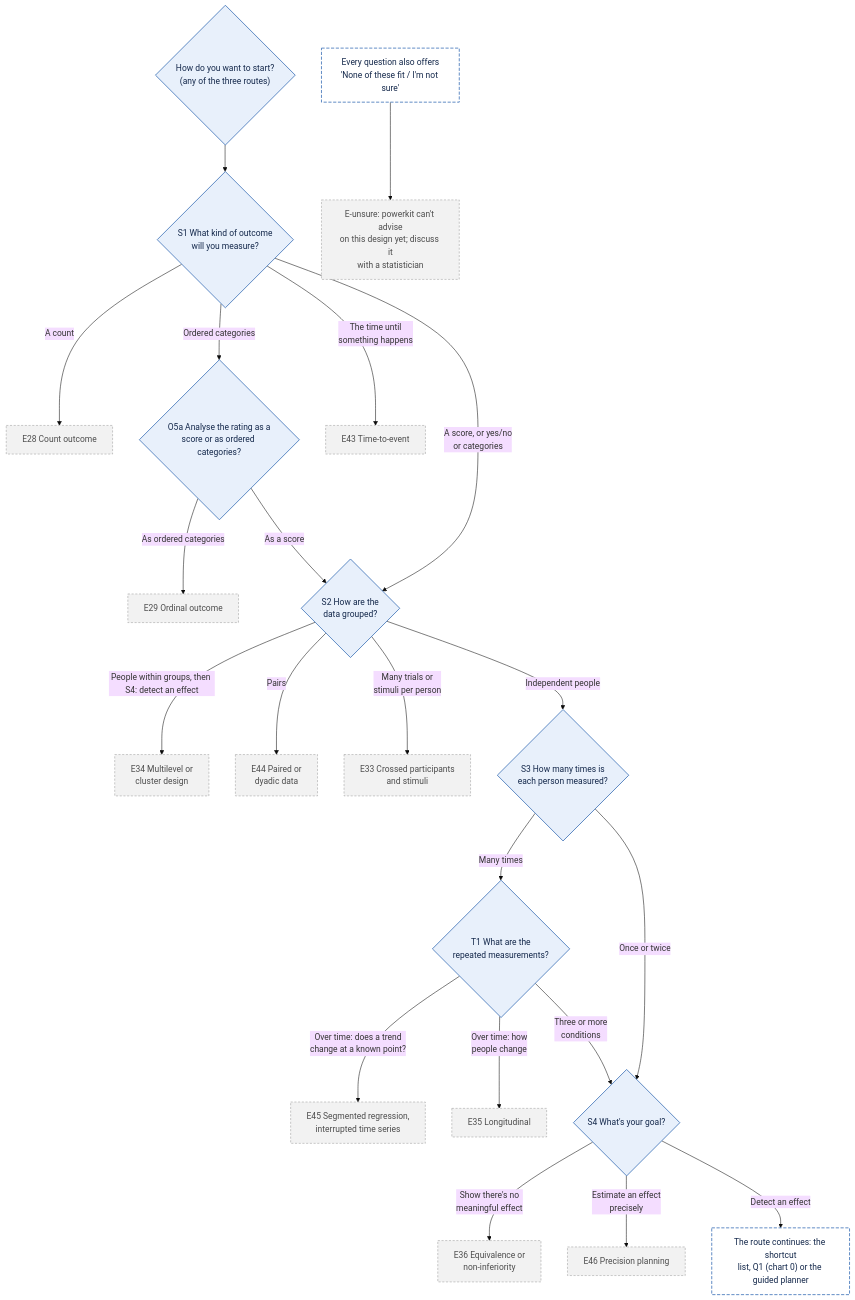
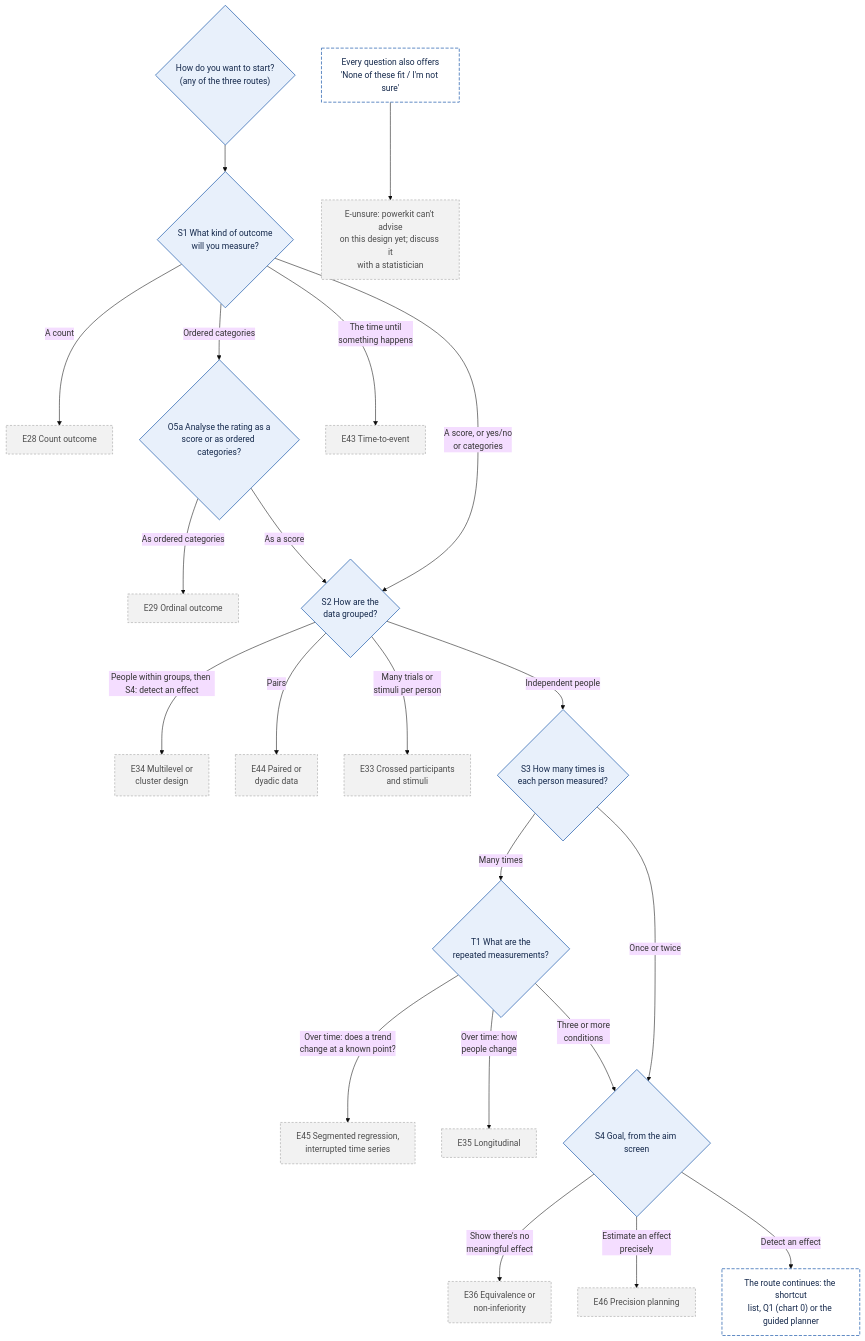
Before and after one commit to JoelThornton/Powerkit: the first of 11 diagrams in docs/decision-tree.md, drawn with Mermaid (base theme). The commit also changed other lines of this file and 29 other files, not shown here.

First line of the commit message:
Trim the screens: ask the equivalence goal once, cut repeated text, name other tools only where answers differ (#148)

````diff
--- a/docs/decision-tree.md
+++ b/docs/decision-tree.md
@@ -236,31 +236,31 @@
 ```mermaid
 flowchart TD
   S0{"How do you want to start?<br/>(any of the three routes)"} --> S1{"S1 What kind of outcome<br/>will you measure?"}
   S1 -->|A count| E28["E28 Count outcome"]
   S1 -->|Ordered categories| O5a{"O5a Analyse the rating as a<br/>score or as ordered categories?"}
   O5a -->|As ordered categories| E29["E29 Ordinal outcome"]
   O5a -->|As a score| S2
   S1 -->|The time until<br/>something happens| E43["E43 Time-to-event"]
   S1 -->|A score, or yes/no<br/>or categories| S2{"S2 How are the<br/>data grouped?"}
   S2 -->|People within groups, then S4: detect an effect| E34["E34 Multilevel or<br/>cluster design"]
   S2 -->|Pairs| E44["E44 Paired or<br/>dyadic data"]
   S2 -->|Many trials or<br/>stimuli per person| E33["E33 Crossed participants<br/>and stimuli"]
   S2 -->|Independent people| S3{"S3 How many times is<br/>each person measured?"}
   S3 -->|Many times| T1{"T1 What are the<br/>repeated measurements?"}
   T1 -->|Over time: does a trend<br/>change at a known point?| E45["E45 Segmented regression,<br/>interrupted time series"]
   T1 -->|Over time: how<br/>people change| E35["E35 Longitudinal"]
   T1 -->|Three or more<br/>conditions| S4
-  S3 -->|Once or twice| S4{"S4 What's your goal?"}
+  S3 -->|Once or twice| S4{"S4 Goal, from the aim screen"}
   S4 -->|Show there's no<br/>meaningful effect| E36["E36 Equivalence or<br/>non-inferiority"]
   S4 -->|Estimate an effect<br/>precisely| E46["E46 Precision planning"]
   S4 -->|Detect an effect| R["The route continues: the shortcut<br/>list, Q1 (chart 0) or the guided planner"]
   ANY["Every question also offers<br/>'None of these fit / I'm not sure'"] --> EU["E-unsure: powerkit can't advise<br/>on this design yet; discuss it<br/>with a statistician"]
   class S0,S1,O5a,S2,S3,T1,S4 q
   class E28,E29,E43,E34,E44,E33,E45,E35,E36,E46,EU later
   class R,ANY jump
   classDef q fill:#E8F0FB,stroke:#3B6FB6,color:#14284B,stroke-width:1.5px
   classDef avail fill:#DDF2E3,stroke:#2E7D4F,color:#123D24,stroke-width:1.5px
   classDef spec fill:#FFF0D1,stroke:#B97A00,color:#4A3200,stroke-width:1.5px
   classDef later fill:#F2F2F2,stroke:#9A9A9A,color:#4D4D4D,stroke-width:1px,stroke-dasharray:4 3
   classDef jump fill:#FFFFFF,stroke:#3B6FB6,color:#14284B,stroke-width:1.5px,stroke-dasharray:6 3
 ```
````
